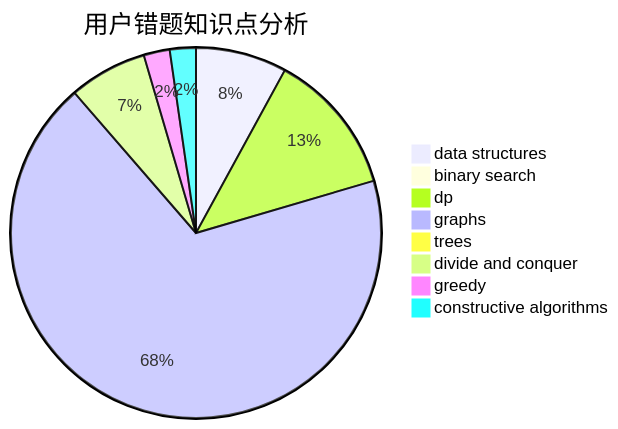
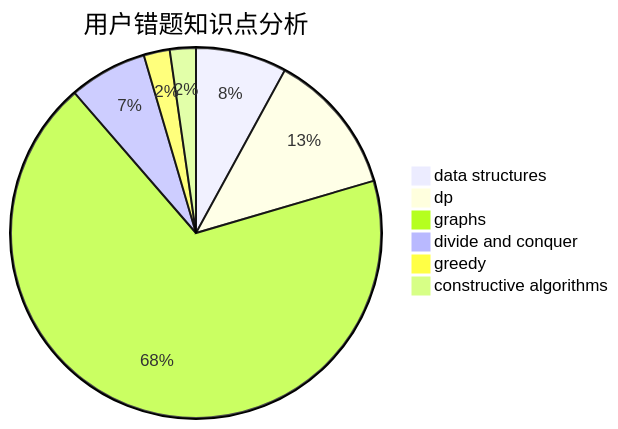
The third of 3 diagrams in docs/user/u807.md (sherpahu/cfrs.github.io), drawn with Mermaid before and after one commit. The commit also changed other lines of this file and 2770 other files, not shown here.

````diff
--- a/docs/user/u807.md
+++ b/docs/user/u807.md
@@ -31,11 +29,9 @@
 ```mermaid
 pie title 用户错题知识点分析
     "data structures" :  7
-    "binary search" :  0
     "dp" :  11
     "graphs" :  60
-    "trees" :  0
     "divide and conquer" :  6
     "greedy" :  2
     "constructive algorithms" :  2
 ```
````
